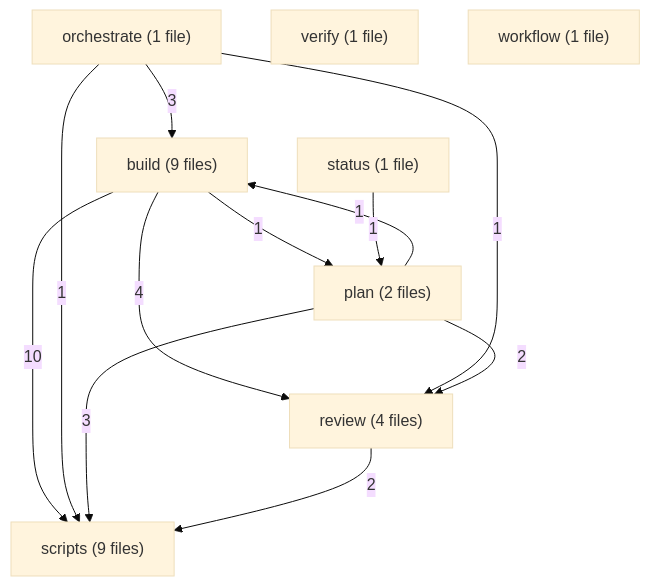
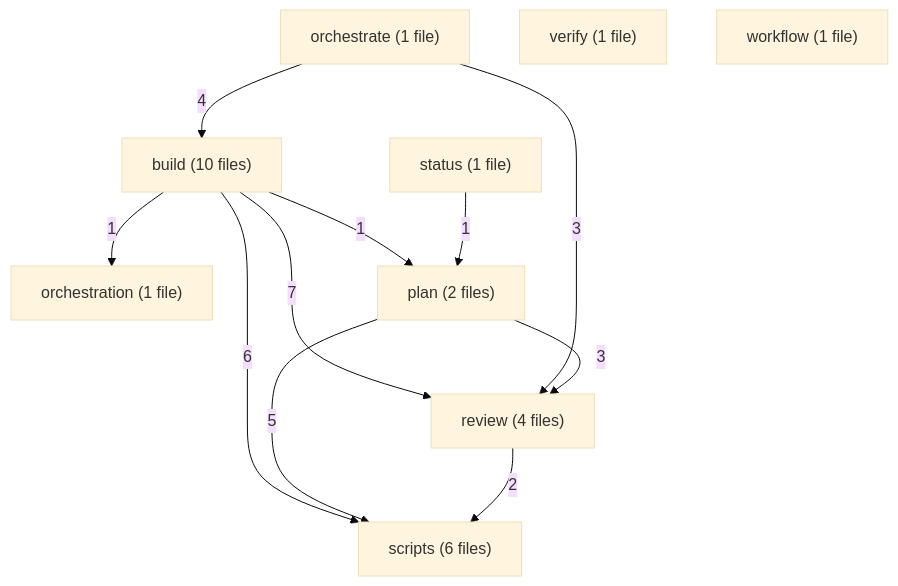
Before and after one commit to alecegg/varde: the first of 10 diagrams in skills/varde-change/FLOW.md, drawn with Mermaid (base theme). The commit also changed other lines of this file and 269 other files, not shown here.

````diff
--- a/skills/varde-change/FLOW.md
+++ b/skills/varde-change/FLOW.md
@@ -37,22 +39,22 @@
 ```mermaid
 flowchart TD
-  m0["build (9 files)"]
+  m0["build (10 files)"]
   m1["orchestrate (1 file)"]
-  m2["plan (2 files)"]
-  m3["review (4 files)"]
-  m4["scripts (9 files)"]
-  m5["status (1 file)"]
-  m6["verify (1 file)"]
-  m7["workflow (1 file)"]
+  m2["orchestration (1 file)"]
+  m3["plan (2 files)"]
+  m4["review (4 files)"]
+  m5["scripts (6 files)"]
+  m6["status (1 file)"]
+  m7["verify (1 file)"]
+  m8["workflow (1 file)"]
   m0 -->|"1"| m2
-  m0 -->|"4"| m3
-  m0 -->|"10"| m4
-  m1 -->|"3"| m0
-  m1 -->|"1"| m3
-  m1 -->|"1"| m4
-  m2 -->|"1"| m0
-  m2 -->|"2"| m3
-  m2 -->|"3"| m4
-  m3 -->|"2"| m4
-  m5 -->|"1"| m2
+  m0 -->|"1"| m3
+  m0 -->|"7"| m4
+  m0 -->|"6"| m5
+  m1 -->|"4"| m0
+  m1 -->|"3"| m4
+  m3 -->|"3"| m4
+  m3 -->|"5"| m5
+  m4 -->|"2"| m5
+  m6 -->|"1"| m3
 ```
````
